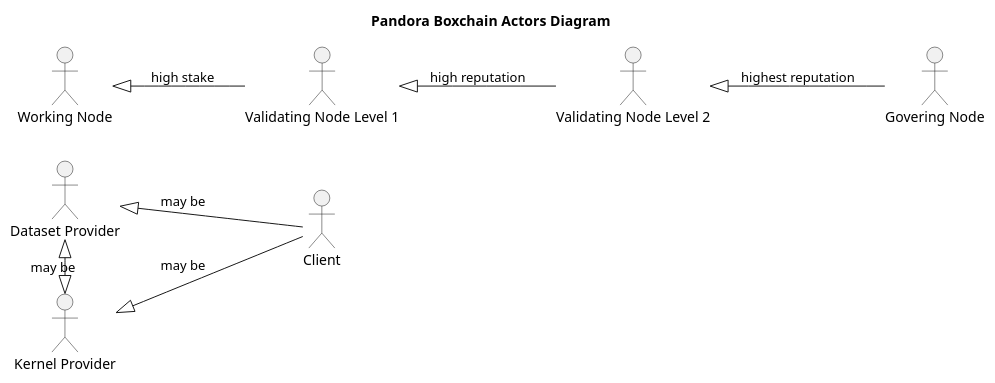
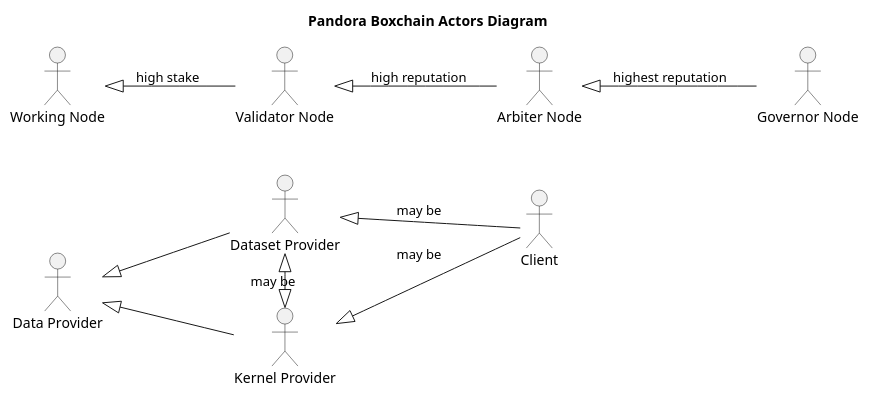
The diagram in use_cases_actors.plantuml (pandoraboxchain/pocw-techspecs), drawn with PlantUML before and after one commit.

```diff
--- a/use_cases_actors.plantuml
+++ b/use_cases_actors.plantuml
@@ -1,22 +1,25 @@
 @startuml
 left to right direction
 skinparam packageStyle rectangle
 
 title Pandora Boxchain Actors Diagram
 
+actor :Data Provider: as P
 actor :Kernel Provider: as KP
 actor :Dataset Provider: as DP
 actor :Client: as C
 actor :Working Node: as WN
-actor :Validating Node Level 1: as VN1
-actor :Validating Node Level 2: as VN2
-actor :Govering Node: as GN
+actor :Validator Node: as VN1
+actor :Arbiter Node: as VN2
+actor :Governor Node: as GN
 
 WN <|-- VN1: high stake
 VN1 <|-- VN2: high reputation
 VN2 <|-- GN: highest reputation
 
+P <|-- KP
+P <|-- DP
 KP <|-l-|> DP: may be
 KP <|-- C: may be
 DP <|-- C: may be
 @enduml
```
